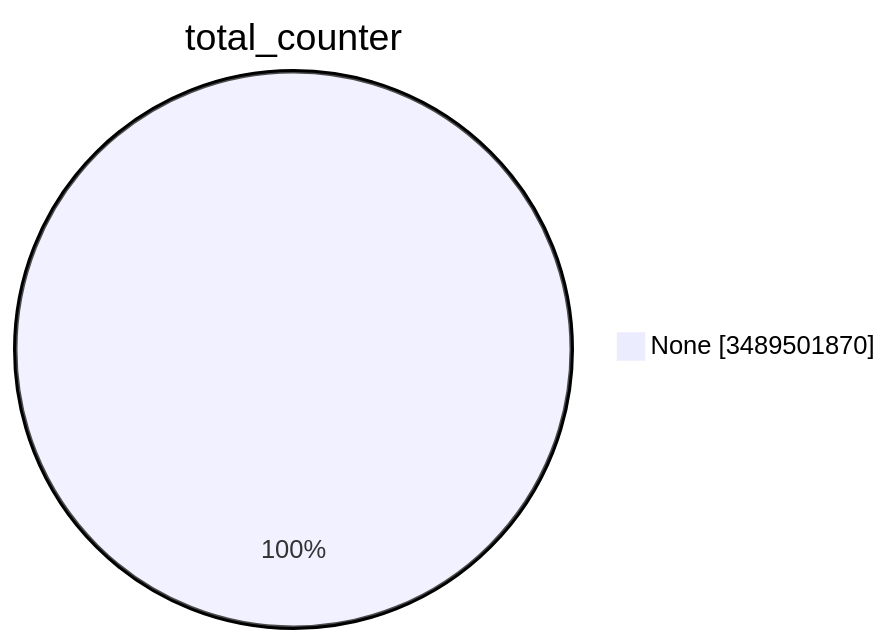
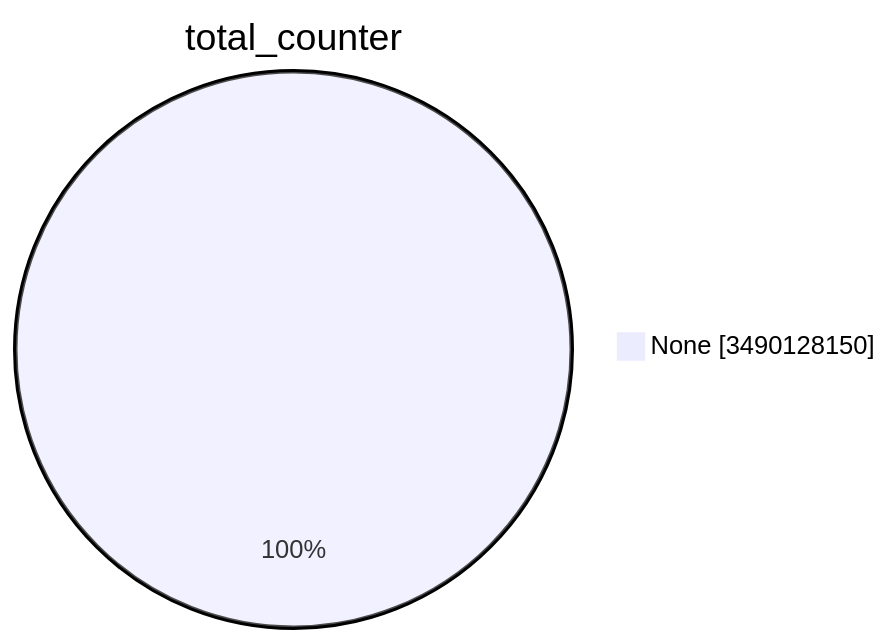
The first of 15 diagrams in TOTAL/README.md (christiankrug/ctmonitor_visualization), drawn with Mermaid before and after one commit. The commit also changed other lines of this file, not shown here.

````diff
--- a/TOTAL/README.md
+++ b/TOTAL/README.md
@@ -1,5 +1,5 @@
 ```mermaid
 pie showData
 title total_counter
-"None" :3489501870
+"None" :3490128150
 ```
````
